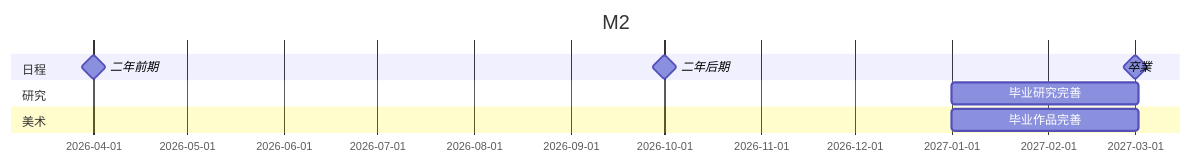
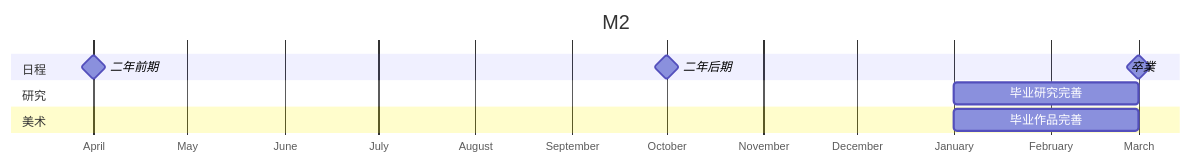
One commit to Kairitsuhou/digitalgarden changed the third of 3 diagrams in src/site/notes/100.Project/2023-07-01~ 东京美术塾（TADA）/デジタルゲームにおける「視覚空間」デザイン研究：＜多视点＞の表現技法を中心に.md. Above: the diagram before and after it, drawn with Mermaid. The commit also changed other lines of this file and 26 other files, not shown here.

````diff
--- a/src/site/notes/100.Project/2023-07-01~ 东京美术塾（TADA）/デジタルゲームにおける「視覚空間」デザイン研究：＜多视点＞の表現技法を中心に.md
+++ b/src/site/notes/100.Project/2023-07-01~ 东京美术塾（TADA）/デジタルゲームにおける「視覚空間」デザイン研究：＜多视点＞の表現技法を中心に.md
@@ -76,25 +128,26 @@
 ```mermaid
 ---
 displayMode: compact 
 ---
 gantt
 	title M2
     dateFormat YYYY-MM
+    axisFormat %B
 	
 	section 日程
 	二年前期:milestone,2026-04,0d
 	二年后期:milestone,2026-10,0d
 	卒業:milestone,2027-03,0d
 	
 	section 研究
-	毕业研究完善:2027-01,60d
+	毕业研究完善:2027-01,2M
 	
 	section 美术
-	毕业作品完善:2027-01,60d
+	毕业作品完善:2027-01,2M
 	
 	section 策划
 	
 	
 	section 程序
 	
 ```
````
